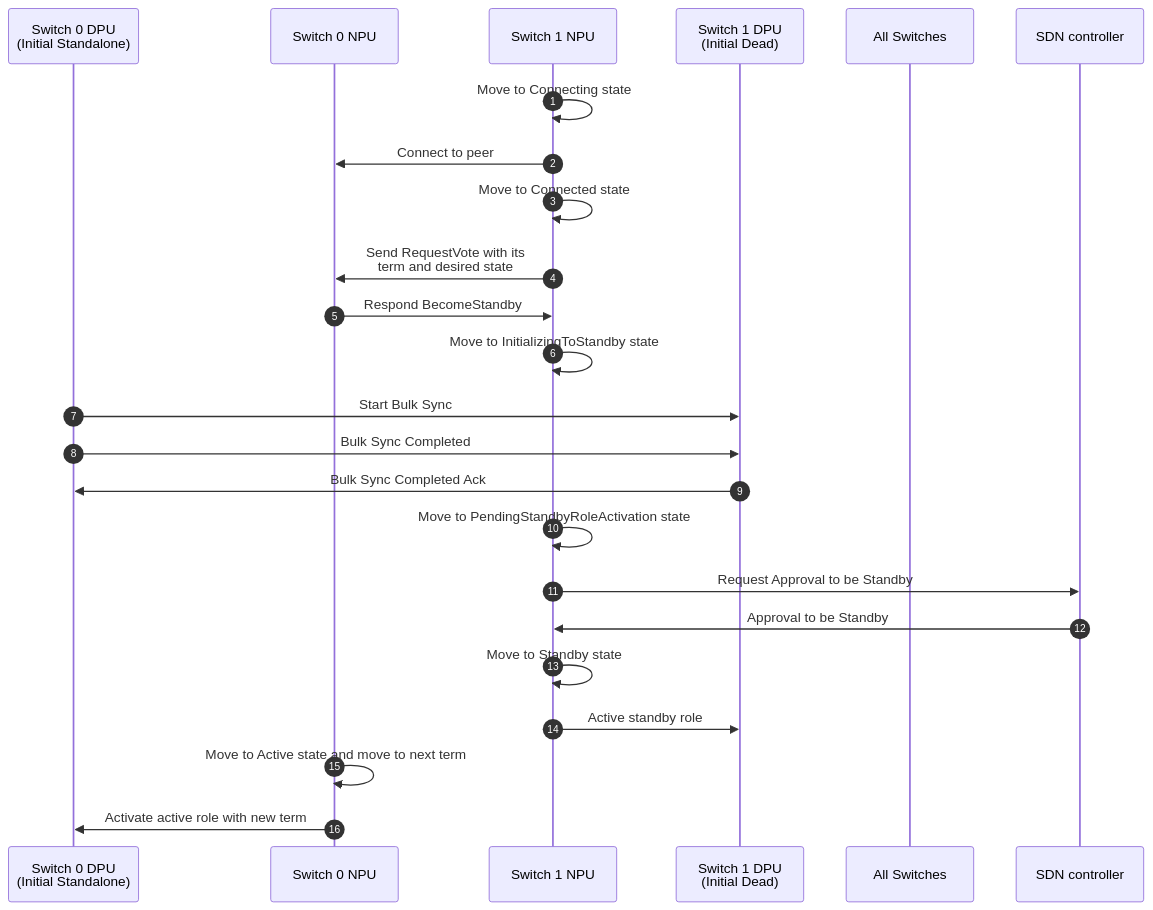
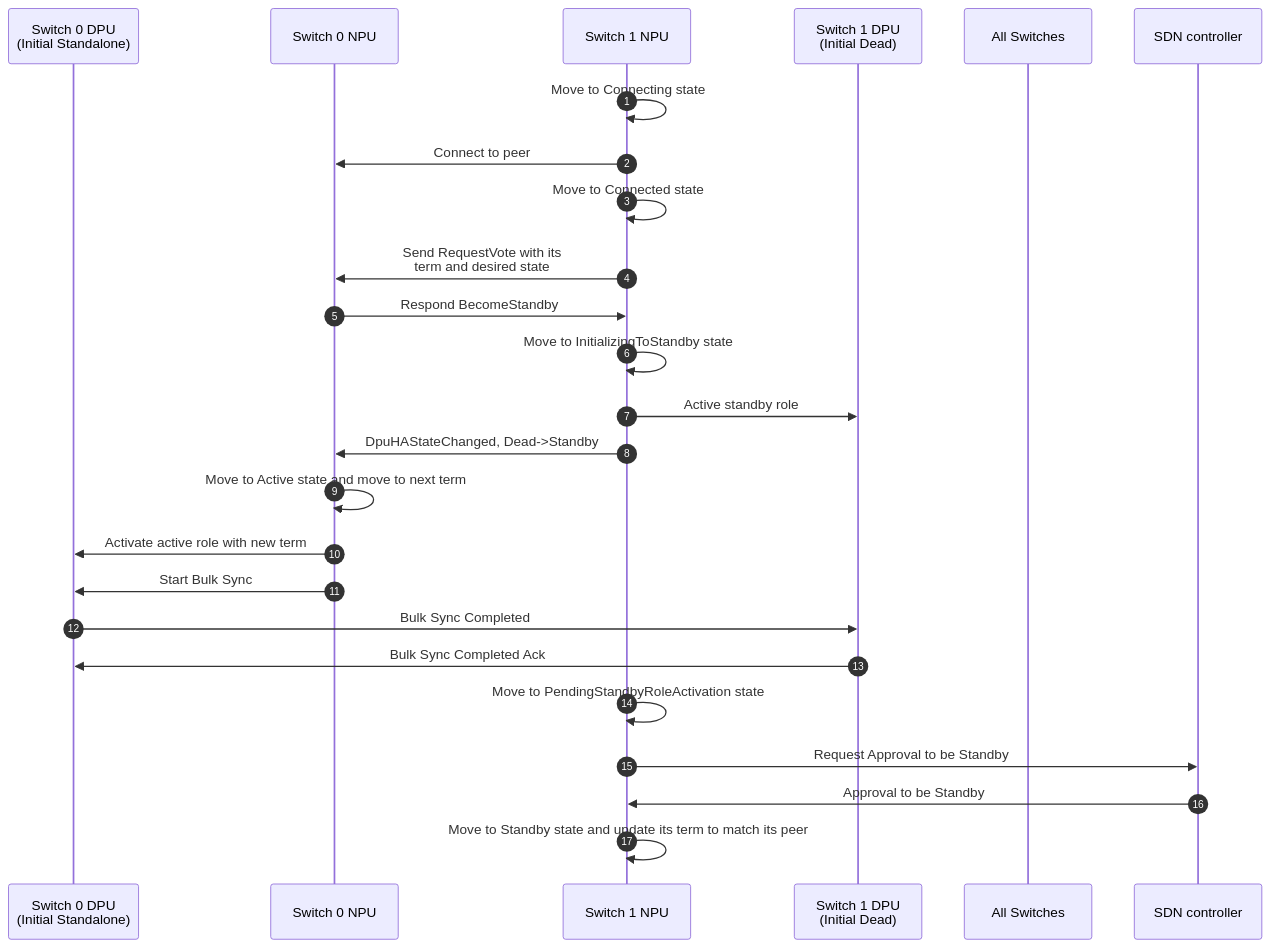
The second of 6 diagrams in doc/smart-switch/high-availability/smart-switch-ha-hld.md (sonic-net/SONiC), drawn with Mermaid before and after one commit. The commit also changed other lines of this file, not shown here.

````diff
--- a/doc/smart-switch/high-availability/smart-switch-ha-hld.md
+++ b/doc/smart-switch/high-availability/smart-switch-ha-hld.md
@@ -1045,32 +1045,32 @@
 ```mermaid
 sequenceDiagram
     autonumber
 
     participant S0D as Switch 0 DPU<br>(Initial Standalone)
     participant S0N as Switch 0 NPU
     participant S1N as Switch 1 NPU
     participant S1D as Switch 1 DPU<br>(Initial Dead)
     participant SA as All Switches
     participant SDN as SDN controller
 
     S1N->>S1N: Move to Connecting state
 
     S1N->>S0N: Connect to peer
     S1N->>S1N: Move to Connected state
 
     S1N->>S0N: Send RequestVote with its<br>term and desired state
     S0N->>S1N: Respond BecomeStandby
 
     S1N->>S1N: Move to InitializingToStandby state
-    S0D->>S1D: Start Bulk Sync
+    S1N->>S1D: Active standby role
+    S1N->>S0N: DpuHAStateChanged, Dead->Standby
+    S0N->>S0N: Move to Active state and move to next term
+    S0N->>S0D: Activate active role with new term
+    S0N->>S0D: Start Bulk Sync
     S0D->>S1D: Bulk Sync Completed
     S1D->>S0D: Bulk Sync Completed Ack
     S1N->>S1N: Move to PendingStandbyRoleActivation state
     S1N->>SDN: Request Approval to be Standby
     SDN->>S1N: Approval to be Standby
-    S1N->>S1N: Move to Standby state
-    S1N->>S1D: Active standby role
-
-    S0N->>S0N: Move to Active state and move to next term
-    S0N->>S0D: Activate active role with new term
+    S1N->>S1N: Move to Standby state and update its term to match its peer
 ```
````
